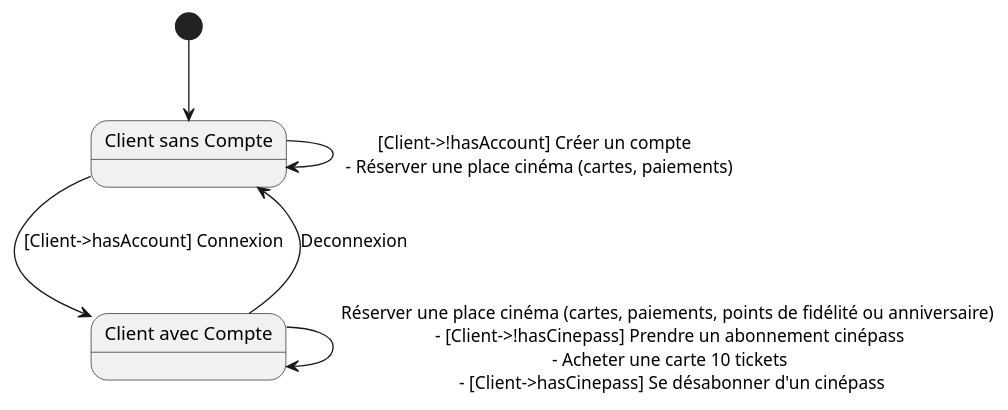
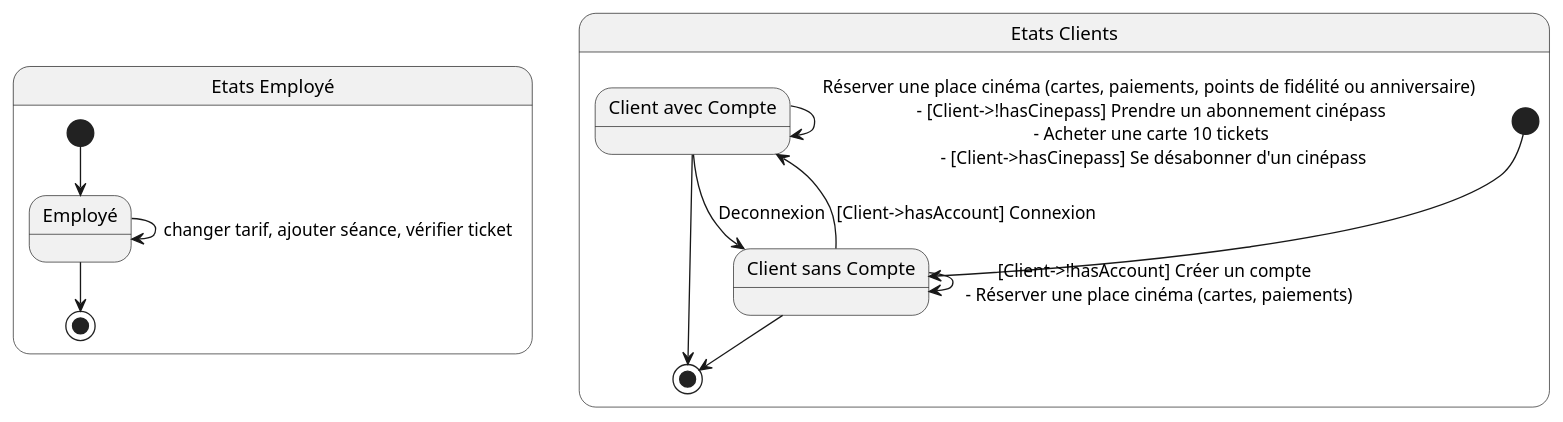
The third of 23 diagrams in TP1-OMD.md (pixselve-school/OMD-TP1), drawn with PlantUML before and after one commit.

Commit message:
Diagramme Etats v2

````diff
--- a/TP1-OMD.md
+++ b/TP1-OMD.md
@@ -214,11 +214,26 @@
 ```plantuml
 @startuml
-[*] --> C2
-state "Client avec Compte" as C1
-state "Client sans Compte" as C2
-C1 --> C2 : Deconnexion
-C2 --> C1 : [Client->hasAccount] Connexion
-C2 --> C2 : [Client->!hasAccount] Créer un compte \n - Réserver une place cinéma (cartes, paiements)
-C1 --> C1 : Réserver une place cinéma (cartes, paiements, points de fidélité ou anniversaire) \n - [Client->!hasCinepass] Prendre un abonnement cinépass \n - Acheter une carte 10 tickets \n - [Client->hasCinepass] Se désabonner d'un cinépass
+
+state "Etats Employé" as s{
+    state "Employé" as E
+    [*] --> E
+    E --> E : changer tarif, ajouter séance, vérifier ticket
+    E --> [*]
+}
+
+state "Etats Clients" as t{
+    [*] --> C2
+    state "Client avec Compte" as C1
+    state "Client sans Compte" as C2
+    
+    C1 --> C2 : Deconnexion
+    C2 --> C1 : [Client->hasAccount] Connexion
+    C2 --> C2 : [Client->!hasAccount] Créer un compte \n - Réserver une place cinéma (cartes, paiements)
+    C1 --> C1 : Réserver une place cinéma (cartes, paiements, points de fidélité ou anniversaire) \n - [Client->!hasCinepass] Prendre un abonnement cinépass \n - Acheter une carte 10 tickets \n - [Client->hasCinepass] Se désabonner d'un cinépass
+    C1 -right-> [*]
+    C2 -down-> [*]
+}
+
+
 @enduml
 ```
````
